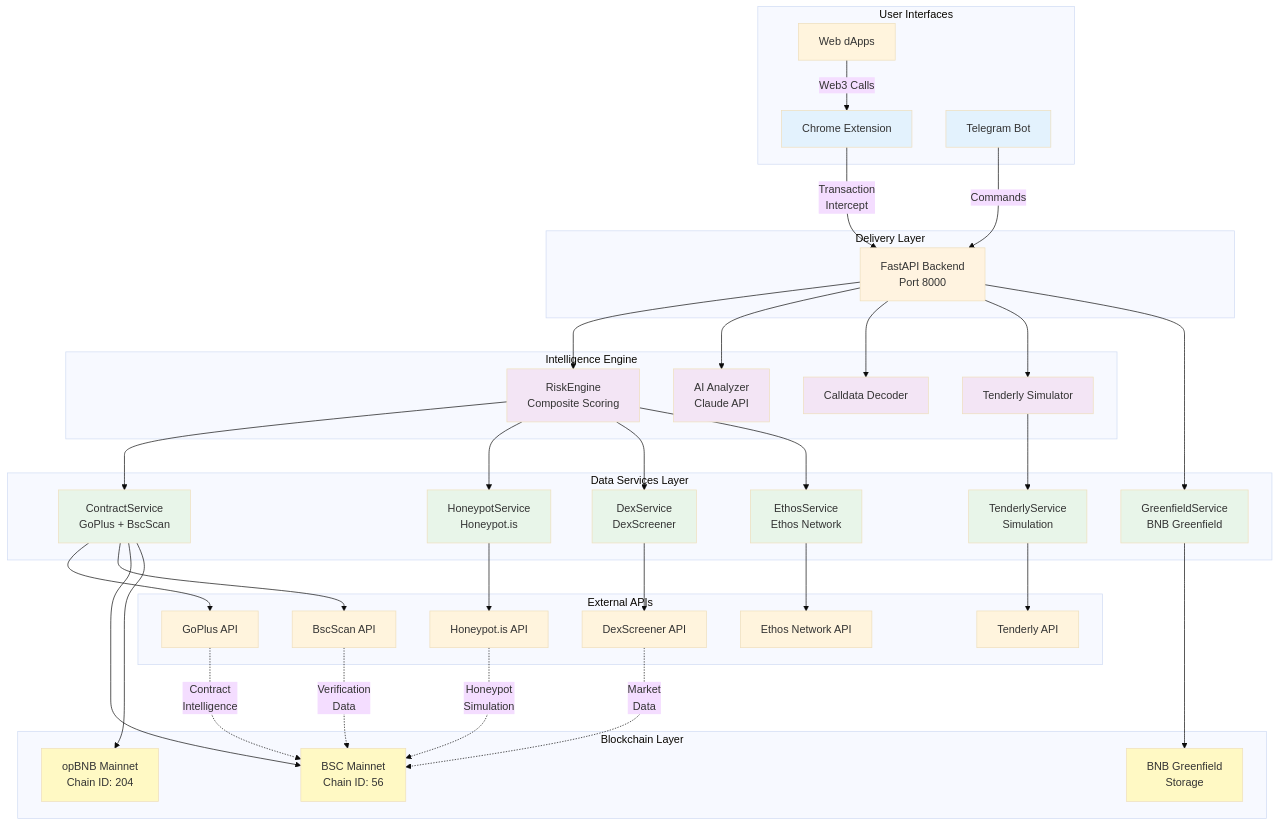
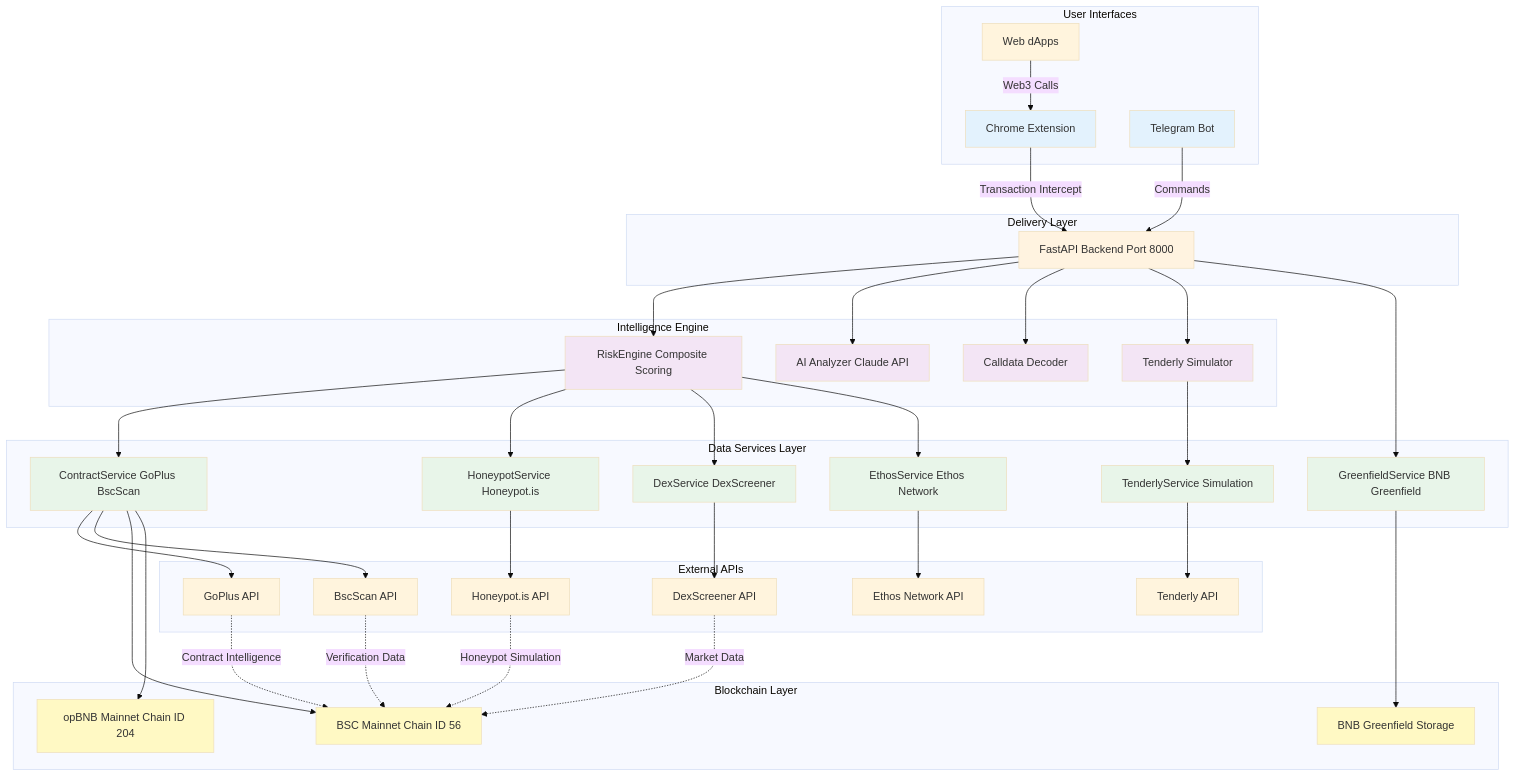
Before and after one commit to Ridwannurudeen/shieldbot: the first of 6 diagrams in docs/ARCHITECTURE_DIAGRAM.md, drawn with Mermaid (base theme). The commit also changed other lines of this file, not shown here.

Commit message:
Fix Mermaid diagram rendering errors

```diff
--- a/docs/ARCHITECTURE_DIAGRAM.md
+++ b/docs/ARCHITECTURE_DIAGRAM.md
@@ -11,29 +11,29 @@
     end
 
     subgraph "Delivery Layer"
-        D[FastAPI Backend<br/>Port 8000]
+        D[FastAPI Backend Port 8000]
     end
 
     subgraph "Intelligence Engine"
-        E[RiskEngine<br/>Composite Scoring]
-        F[AI Analyzer<br/>Claude API]
+        E[RiskEngine Composite Scoring]
+        F[AI Analyzer Claude API]
         G[Calldata Decoder]
         H[Tenderly Simulator]
     end
 
     subgraph "Data Services Layer"
-        I1[ContractService<br/>GoPlus + BscScan]
-        I2[HoneypotService<br/>Honeypot.is]
-        I3[DexService<br/>DexScreener]
-        I4[EthosService<br/>Ethos Network]
-        I5[TenderlyService<br/>Simulation]
-        I6[GreenfieldService<br/>BNB Greenfield]
+        I1[ContractService GoPlus BscScan]
+        I2[HoneypotService Honeypot.is]
+        I3[DexService DexScreener]
+        I4[EthosService Ethos Network]
+        I5[TenderlyService Simulation]
+        I6[GreenfieldService BNB Greenfield]
     end
 
     subgraph "Blockchain Layer"
-        J1[BSC Mainnet<br/>Chain ID: 56]
-        J2[opBNB Mainnet<br/>Chain ID: 204]
-        J3[BNB Greenfield<br/>Storage]
+        J1[BSC Mainnet Chain ID 56]
+        J2[opBNB Mainnet Chain ID 204]
+        J3[BNB Greenfield Storage]
     end
 
     subgraph "External APIs"
@@ -45,7 +45,7 @@
         K6[BscScan API]
     end
 
-    A -->|Transaction<br/>Intercept| D
+    A -->|Transaction Intercept| D
     B -->|Commands| D
     C -->|Web3 Calls| A
 
@@ -72,10 +72,10 @@
     I1 --> J1
     I1 --> J2
 
-    K1 -.->|Contract<br/>Intelligence| J1
-    K2 -.->|Honeypot<br/>Simulation| J1
-    K3 -.->|Market<br/>Data| J1
-    K6 -.->|Verification<br/>Data| J1
+    K1 -.->|Contract Intelligence| J1
+    K2 -.->|Honeypot Simulation| J1
+    K3 -.->|Market Data| J1
+    K6 -.->|Verification Data| J1
 
     style A fill:#e3f2fd
     style B fill:#e3f2fd
```
